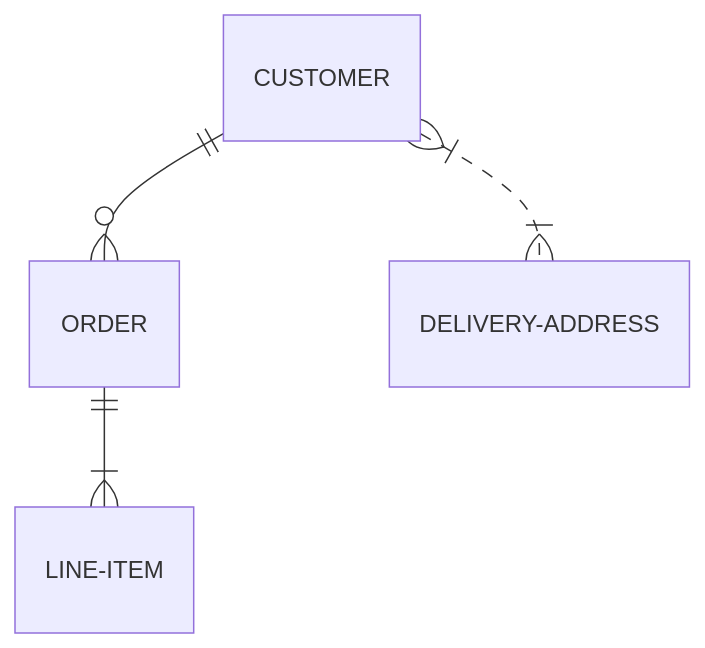
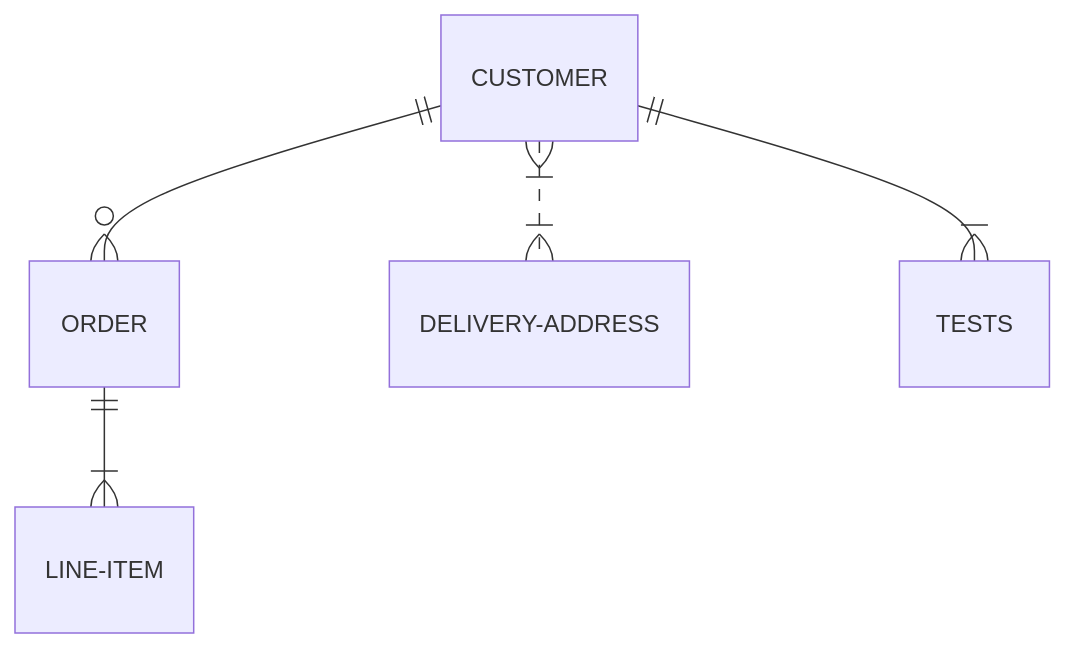
The first of 3 diagrams in articles/cpp/getting-started.md (spilman6/courses), drawn with Mermaid before and after one commit. The commit also changed other lines of this file, not shown here.

````diff
--- a/articles/cpp/getting-started.md
+++ b/articles/cpp/getting-started.md
@@ -149,7 +149,8 @@
 ```mermaid
 erDiagram
 
 CUSTOMER  ||--o{  ORDER : ""
 CUSTOMER  }|..|{  DELIVERY-ADDRESS :  ""
+CUSTOMER ||--|{ TESTS : ""
 ORDER  ||--|{  LINE-ITEM :  ""
 ```
````
